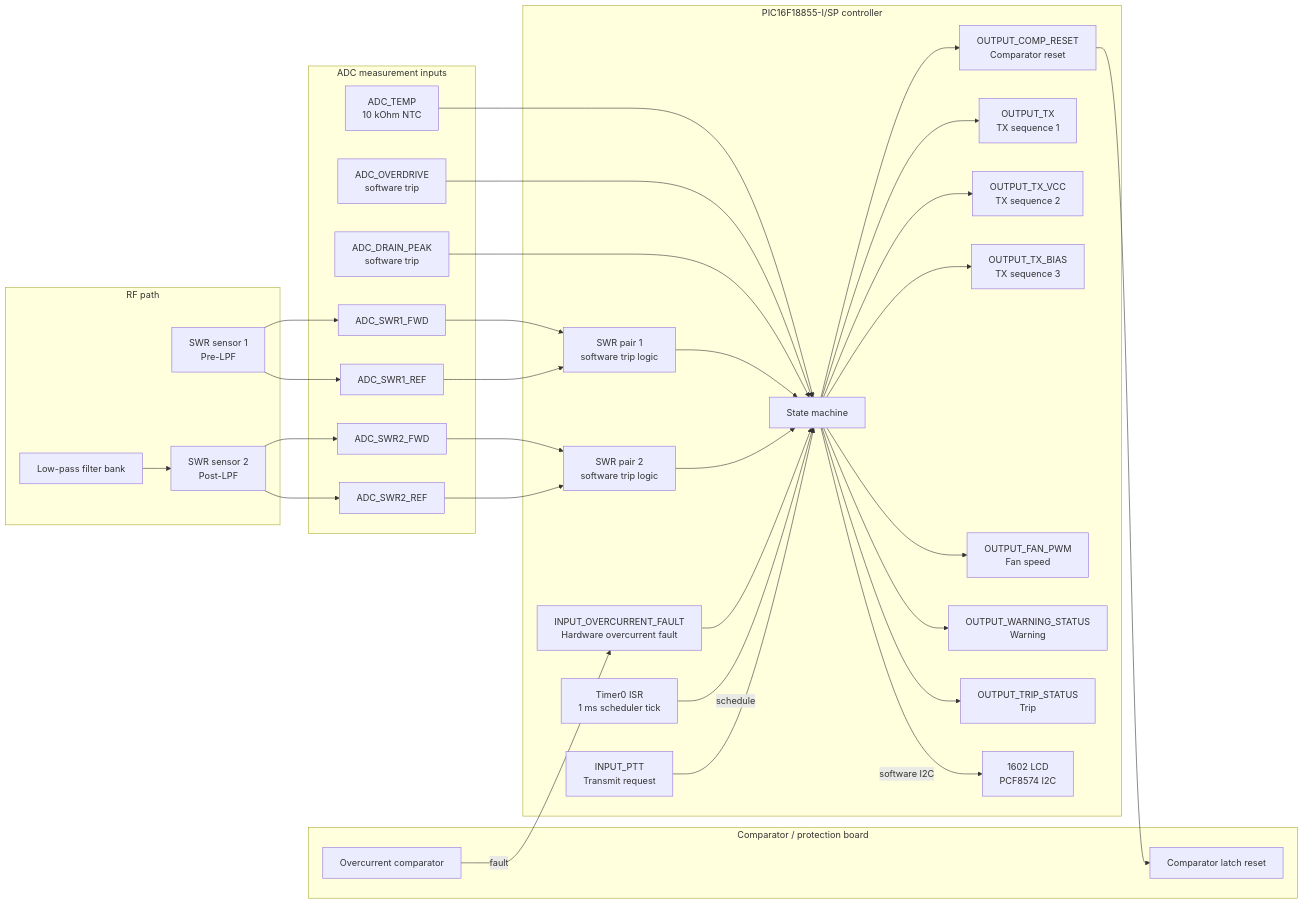
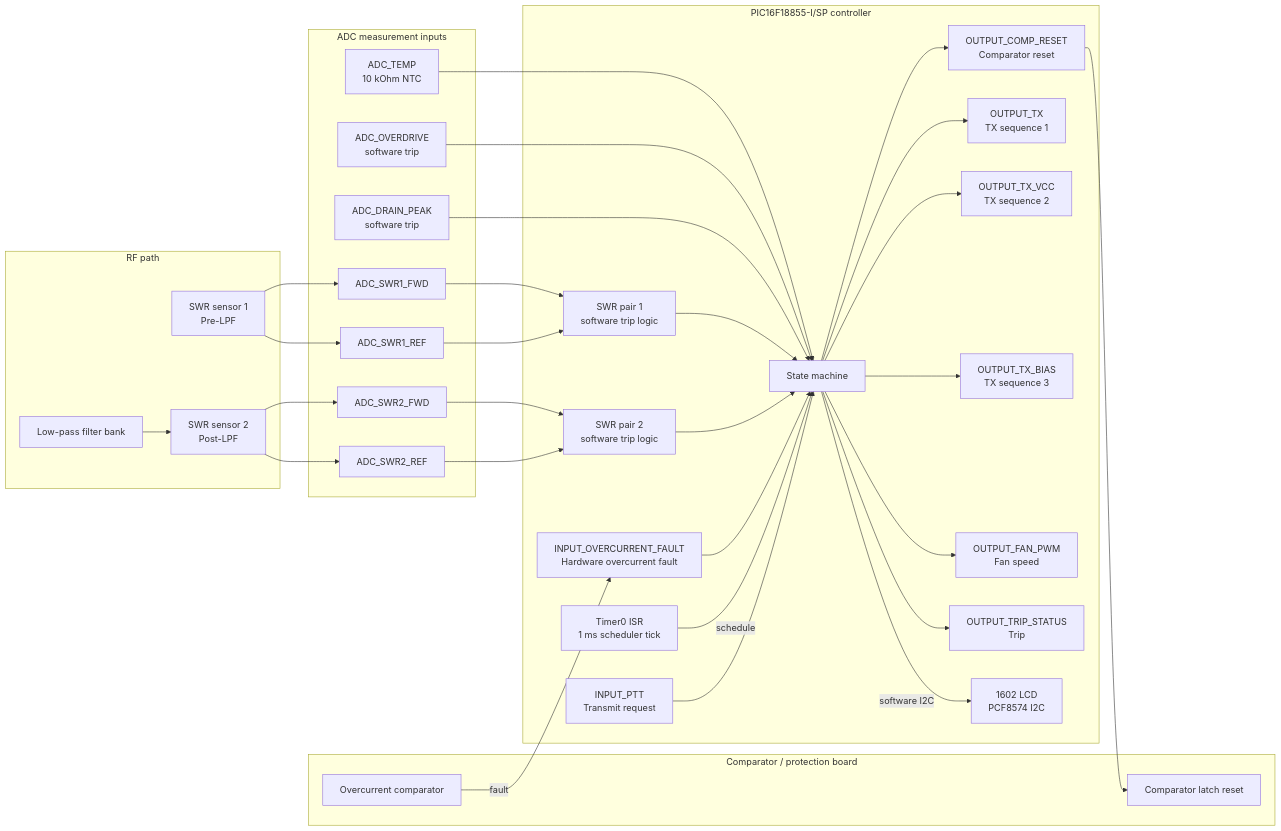
The diagram in README.md (sjk7/PicAmpControl), drawn with Mermaid before and after one commit. The commit also changed other lines of this file and 8 other files, not shown here.

````diff
--- a/README.md
+++ b/README.md
@@ -42,71 +42,69 @@
 ```mermaid
 flowchart LR
     subgraph RF["RF path"]
         PRE["SWR sensor 1\nPre-LPF"]
         FILTER["Low-pass filter bank"]
         POST["SWR sensor 2\nPost-LPF"]
     end
 
     subgraph ADC["ADC measurement inputs"]
         PRE_FWD["ADC_SWR1_FWD"]
         PRE_REF["ADC_SWR1_REF"]
         POST_FWD["ADC_SWR2_FWD"]
         POST_REF["ADC_SWR2_REF"]
         TEMP["ADC_TEMP\n10 kOhm NTC"]
         OVERDRIVE["ADC_OVERDRIVE\nsoftware trip"]
         DRAIN_ADC["ADC_DRAIN_PEAK\nsoftware trip"]
     end
 
     subgraph ComparatorBoard["Comparator / protection board"]
         OC["Overcurrent comparator"]
         COMP_RESET["Comparator latch reset"]
     end
 
     subgraph MCU["PIC16F18855-I/SP controller"]
         PTT["INPUT_PTT\nTransmit request"]
         RESET["OUTPUT_COMP_RESET\nComparator reset"]
         HARD["INPUT_OVERCURRENT_FAULT\nHardware overcurrent fault"]
         TICK["Timer0 ISR\n1 ms scheduler tick"]
         STATE["State machine"]
         SWR1["SWR pair 1\nsoftware trip logic"]
         SWR2["SWR pair 2\nsoftware trip logic"]
         TX["OUTPUT_TX\nTX sequence 1"]
         TXVCC["OUTPUT_TX_VCC\nTX sequence 2"]
         TXBIAS["OUTPUT_TX_BIAS\nTX sequence 3"]
         FAN["OUTPUT_FAN_PWM\nFan speed"]
-        WARN["OUTPUT_WARNING_STATUS\nWarning"]
         TRIP["OUTPUT_TRIP_STATUS\nTrip"]
         LCD["1602 LCD\nPCF8574 I2C"]
     end
 
     PRE --> PRE_FWD
     PRE --> PRE_REF
     FILTER --> POST
     POST --> POST_FWD
     POST --> POST_REF
 
     PRE_FWD --> SWR1
     PRE_REF --> SWR1
     POST_FWD --> SWR2
     POST_REF --> SWR2
     TEMP --> STATE
     OVERDRIVE --> STATE
     DRAIN_ADC --> STATE
 
     SWR1 --> STATE
     SWR2 --> STATE
     OC -->|fault| HARD
     HARD --> STATE
     TICK -->|schedule| STATE
 
     PTT --> STATE
     STATE --> RESET
     RESET --> COMP_RESET
     STATE --> TX
     STATE --> TXVCC
     STATE --> TXBIAS
     STATE --> FAN
-    STATE --> WARN
     STATE --> TRIP
     STATE -->|software I2C| LCD
 ```
````
